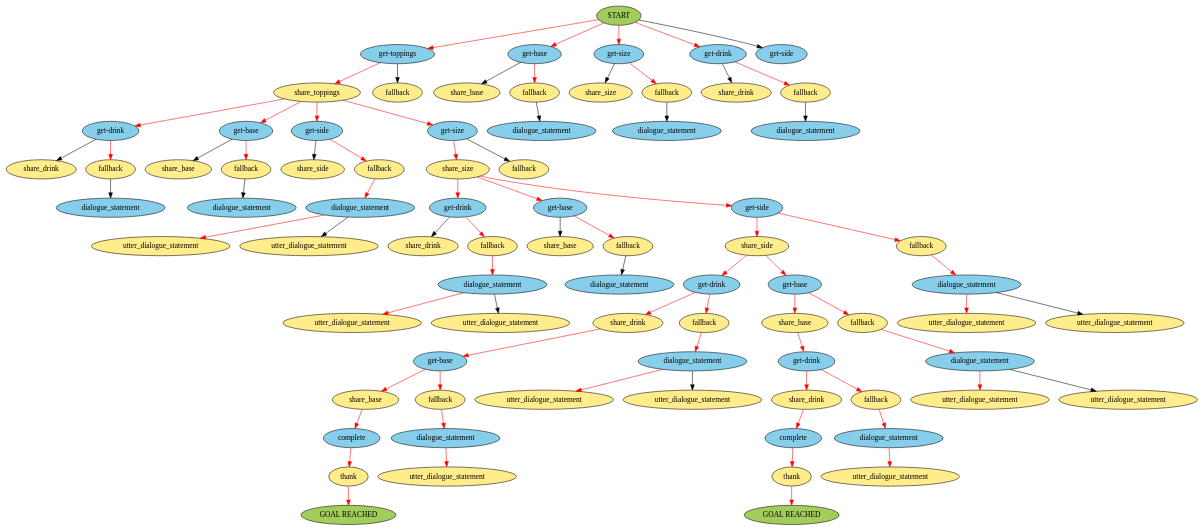
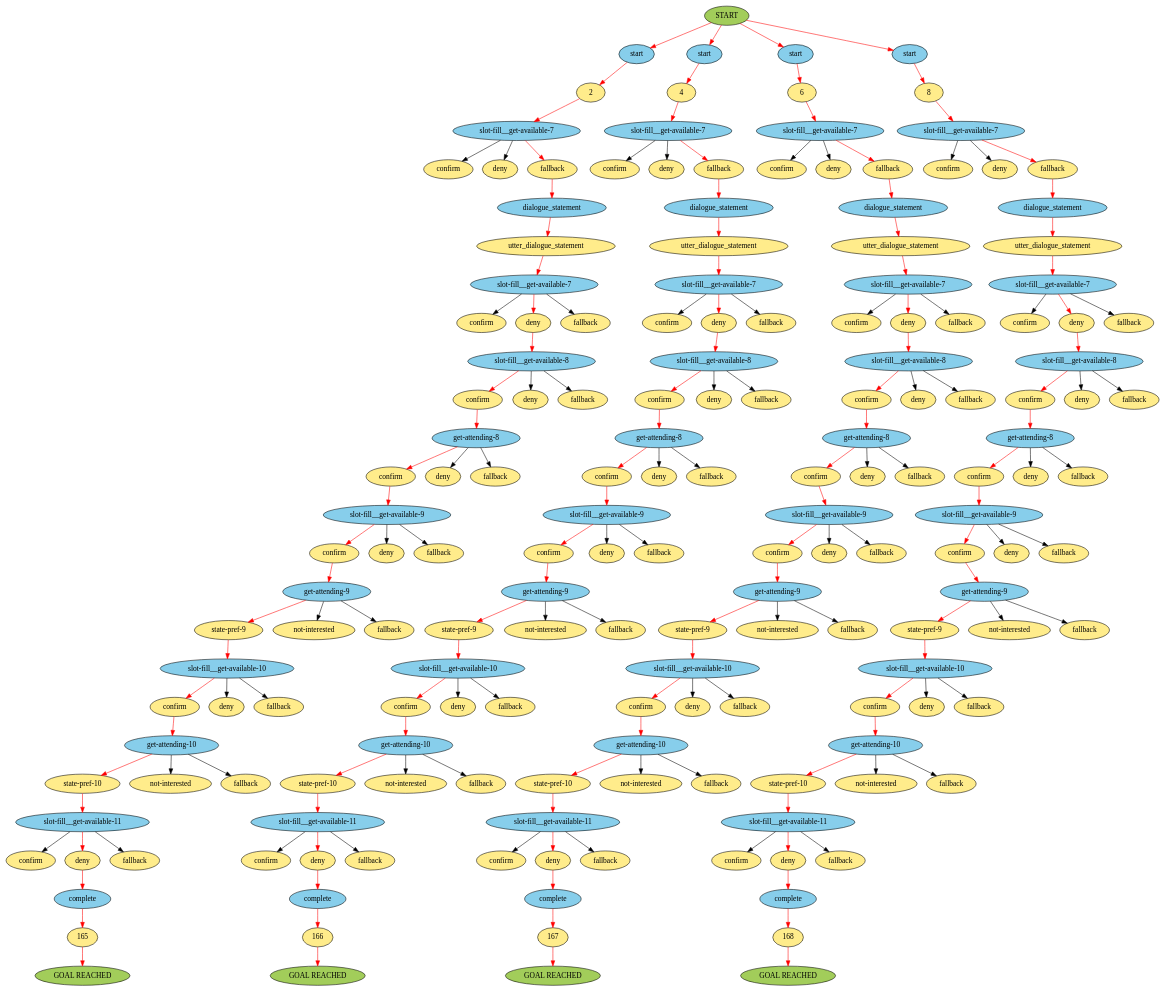
Before and after one commit to IBM/contingent-plan-executor: the diagram in beam_search.gv, drawn with Graphviz. The commit also changed 6 other files, not shown here.

```diff
--- a/beam_search.gv
+++ b/beam_search.gv
@@ -1,157 +1,347 @@
 digraph {
 	0 [label=START fillcolor=darkolivegreen3 style=filled]
-	1 [label="get-toppings" fillcolor=skyblue style=filled]
+	1 [label=start fillcolor=skyblue style=filled]
 	0 -> 1 [color=red]
-	2 [label="get-base" fillcolor=skyblue style=filled]
-	0 -> 2 [color=red]
-	3 [label="get-size" fillcolor=skyblue style=filled]
+	2 [fillcolor=lightgoldenrod1 style=filled]
+	1 -> 2 [color=red]
+	3 [label=start fillcolor=skyblue style=filled]
 	0 -> 3 [color=red]
-	4 [label="get-drink" fillcolor=skyblue style=filled]
-	0 -> 4 [color=red]
-	5 [label="get-side" fillcolor=skyblue style=filled]
-	0 -> 5 [color=black]
-	6 [label=share_toppings fillcolor=lightgoldenrod1 style=filled]
-	1 -> 6 [color=red]
-	7 [label=fallback fillcolor=lightgoldenrod1 style=filled]
-	1 -> 7 [color=black]
-	8 [label=share_base fillcolor=lightgoldenrod1 style=filled]
-	2 -> 8 [color=black]
-	9 [label=fallback fillcolor=lightgoldenrod1 style=filled]
+	4 [fillcolor=lightgoldenrod1 style=filled]
+	3 -> 4 [color=red]
+	5 [label=start fillcolor=skyblue style=filled]
+	0 -> 5 [color=red]
+	6 [fillcolor=lightgoldenrod1 style=filled]
+	5 -> 6 [color=red]
+	7 [label=start fillcolor=skyblue style=filled]
+	0 -> 7 [color=red]
+	8 [fillcolor=lightgoldenrod1 style=filled]
+	7 -> 8 [color=red]
+	9 [label="slot-fill__get-available-7" fillcolor=skyblue style=filled]
 	2 -> 9 [color=red]
-	10 [label=share_size fillcolor=lightgoldenrod1 style=filled]
-	3 -> 10 [color=black]
-	11 [label=fallback fillcolor=lightgoldenrod1 style=filled]
-	3 -> 11 [color=red]
-	12 [label=share_drink fillcolor=lightgoldenrod1 style=filled]
-	4 -> 12 [color=black]
-	13 [label=fallback fillcolor=lightgoldenrod1 style=filled]
-	4 -> 13 [color=red]
-	14 [label="get-drink" fillcolor=skyblue style=filled]
-	6 -> 14 [color=red]
-	15 [label="get-base" fillcolor=skyblue style=filled]
-	6 -> 15 [color=red]
-	16 [label="get-side" fillcolor=skyblue style=filled]
-	6 -> 16 [color=red]
-	17 [label="get-size" fillcolor=skyblue style=filled]
-	6 -> 17 [color=red]
-	18 [label=dialogue_statement fillcolor=skyblue style=filled]
-	9 -> 18 [color=black]
-	19 [label=dialogue_statement fillcolor=skyblue style=filled]
+	10 [label="slot-fill__get-available-7" fillcolor=skyblue style=filled]
+	4 -> 10 [color=red]
+	11 [label="slot-fill__get-available-7" fillcolor=skyblue style=filled]
+	6 -> 11 [color=red]
+	12 [label="slot-fill__get-available-7" fillcolor=skyblue style=filled]
+	8 -> 12 [color=red]
+	13 [label=confirm fillcolor=lightgoldenrod1 style=filled]
+	9 -> 13 [color=black]
+	14 [label=deny fillcolor=lightgoldenrod1 style=filled]
+	9 -> 14 [color=black]
+	15 [label=fallback fillcolor=lightgoldenrod1 style=filled]
+	9 -> 15 [color=red]
+	16 [label=confirm fillcolor=lightgoldenrod1 style=filled]
+	10 -> 16 [color=black]
+	17 [label=deny fillcolor=lightgoldenrod1 style=filled]
+	10 -> 17 [color=black]
+	18 [label=fallback fillcolor=lightgoldenrod1 style=filled]
+	10 -> 18 [color=red]
+	19 [label=confirm fillcolor=lightgoldenrod1 style=filled]
 	11 -> 19 [color=black]
-	20 [label=dialogue_statement fillcolor=skyblue style=filled]
-	13 -> 20 [color=black]
-	21 [label=share_size fillcolor=lightgoldenrod1 style=filled]
-	17 -> 21 [color=red]
-	22 [label=fallback fillcolor=lightgoldenrod1 style=filled]
-	17 -> 22 [color=black]
-	23 [label=share_side fillcolor=lightgoldenrod1 style=filled]
-	16 -> 23 [color=black]
+	20 [label=deny fillcolor=lightgoldenrod1 style=filled]
+	11 -> 20 [color=black]
+	21 [label=fallback fillcolor=lightgoldenrod1 style=filled]
+	11 -> 21 [color=red]
+	22 [label=confirm fillcolor=lightgoldenrod1 style=filled]
+	12 -> 22 [color=black]
+	23 [label=deny fillcolor=lightgoldenrod1 style=filled]
+	12 -> 23 [color=black]
 	24 [label=fallback fillcolor=lightgoldenrod1 style=filled]
-	16 -> 24 [color=red]
-	25 [label=share_drink fillcolor=lightgoldenrod1 style=filled]
-	14 -> 25 [color=black]
-	26 [label=fallback fillcolor=lightgoldenrod1 style=filled]
-	14 -> 26 [color=red]
-	27 [label=share_base fillcolor=lightgoldenrod1 style=filled]
-	15 -> 27 [color=black]
-	28 [label=fallback fillcolor=lightgoldenrod1 style=filled]
-	15 -> 28 [color=red]
-	29 [label="get-drink" fillcolor=skyblue style=filled]
-	21 -> 29 [color=red]
-	30 [label="get-base" fillcolor=skyblue style=filled]
-	21 -> 30 [color=red]
-	31 [label="get-side" fillcolor=skyblue style=filled]
-	21 -> 31 [color=red]
-	32 [label=dialogue_statement fillcolor=skyblue style=filled]
-	24 -> 32 [color=red]
-	33 [label=dialogue_statement fillcolor=skyblue style=filled]
-	26 -> 33 [color=black]
-	34 [label=dialogue_statement fillcolor=skyblue style=filled]
-	28 -> 34 [color=black]
-	35 [label=utter_dialogue_statement fillcolor=lightgoldenrod1 style=filled]
-	32 -> 35 [color=red]
-	36 [label=share_side fillcolor=lightgoldenrod1 style=filled]
-	31 -> 36 [color=red]
-	37 [label=fallback fillcolor=lightgoldenrod1 style=filled]
-	31 -> 37 [color=red]
-	38 [label=share_drink fillcolor=lightgoldenrod1 style=filled]
-	29 -> 38 [color=black]
+	12 -> 24 [color=red]
+	25 [label=dialogue_statement fillcolor=skyblue style=filled]
+	15 -> 25 [color=red]
+	26 [label=dialogue_statement fillcolor=skyblue style=filled]
+	18 -> 26 [color=red]
+	27 [label=dialogue_statement fillcolor=skyblue style=filled]
+	21 -> 27 [color=red]
+	28 [label=dialogue_statement fillcolor=skyblue style=filled]
+	24 -> 28 [color=red]
+	29 [label=utter_dialogue_statement fillcolor=lightgoldenrod1 style=filled]
+	25 -> 29 [color=red]
+	30 [label=utter_dialogue_statement fillcolor=lightgoldenrod1 style=filled]
+	26 -> 30 [color=red]
+	31 [label=utter_dialogue_statement fillcolor=lightgoldenrod1 style=filled]
+	27 -> 31 [color=red]
+	32 [label=utter_dialogue_statement fillcolor=lightgoldenrod1 style=filled]
+	28 -> 32 [color=red]
+	33 [label="slot-fill__get-available-7" fillcolor=skyblue style=filled]
+	29 -> 33 [color=red]
+	34 [label="slot-fill__get-available-7" fillcolor=skyblue style=filled]
+	30 -> 34 [color=red]
+	35 [label="slot-fill__get-available-7" fillcolor=skyblue style=filled]
+	31 -> 35 [color=red]
+	36 [label="slot-fill__get-available-7" fillcolor=skyblue style=filled]
+	32 -> 36 [color=red]
+	37 [label=confirm fillcolor=lightgoldenrod1 style=filled]
+	33 -> 37 [color=black]
+	38 [label=deny fillcolor=lightgoldenrod1 style=filled]
+	33 -> 38 [color=red]
 	39 [label=fallback fillcolor=lightgoldenrod1 style=filled]
-	29 -> 39 [color=red]
-	40 [label=share_base fillcolor=lightgoldenrod1 style=filled]
-	30 -> 40 [color=black]
-	41 [label=fallback fillcolor=lightgoldenrod1 style=filled]
-	30 -> 41 [color=red]
-	42 [label=utter_dialogue_statement fillcolor=lightgoldenrod1 style=filled]
-	32 -> 42 [color=black]
-	43 [label="get-drink" fillcolor=skyblue style=filled]
-	36 -> 43 [color=red]
-	44 [label="get-base" fillcolor=skyblue style=filled]
-	36 -> 44 [color=red]
-	45 [label=dialogue_statement fillcolor=skyblue style=filled]
-	39 -> 45 [color=red]
-	46 [label=dialogue_statement fillcolor=skyblue style=filled]
-	37 -> 46 [color=red]
-	47 [label=dialogue_statement fillcolor=skyblue style=filled]
-	41 -> 47 [color=black]
-	48 [label=utter_dialogue_statement fillcolor=lightgoldenrod1 style=filled]
-	45 -> 48 [color=red]
-	49 [label=utter_dialogue_statement fillcolor=lightgoldenrod1 style=filled]
-	46 -> 49 [color=red]
-	50 [label=share_drink fillcolor=lightgoldenrod1 style=filled]
-	43 -> 50 [color=red]
-	51 [label=fallback fillcolor=lightgoldenrod1 style=filled]
-	43 -> 51 [color=red]
-	52 [label=share_base fillcolor=lightgoldenrod1 style=filled]
-	44 -> 52 [color=red]
-	53 [label=fallback fillcolor=lightgoldenrod1 style=filled]
-	44 -> 53 [color=red]
-	54 [label=utter_dialogue_statement fillcolor=lightgoldenrod1 style=filled]
-	45 -> 54 [color=black]
-	55 [label=utter_dialogue_statement fillcolor=lightgoldenrod1 style=filled]
-	46 -> 55 [color=black]
-	56 [label="get-base" fillcolor=skyblue style=filled]
+	33 -> 39 [color=black]
+	40 [label=confirm fillcolor=lightgoldenrod1 style=filled]
+	34 -> 40 [color=black]
+	41 [label=deny fillcolor=lightgoldenrod1 style=filled]
+	34 -> 41 [color=red]
+	42 [label=fallback fillcolor=lightgoldenrod1 style=filled]
+	34 -> 42 [color=black]
+	43 [label=confirm fillcolor=lightgoldenrod1 style=filled]
+	35 -> 43 [color=black]
+	44 [label=deny fillcolor=lightgoldenrod1 style=filled]
+	35 -> 44 [color=red]
+	45 [label=fallback fillcolor=lightgoldenrod1 style=filled]
+	35 -> 45 [color=black]
+	46 [label=confirm fillcolor=lightgoldenrod1 style=filled]
+	36 -> 46 [color=black]
+	47 [label=deny fillcolor=lightgoldenrod1 style=filled]
+	36 -> 47 [color=red]
+	48 [label=fallback fillcolor=lightgoldenrod1 style=filled]
+	36 -> 48 [color=black]
+	49 [label="slot-fill__get-available-8" fillcolor=skyblue style=filled]
+	38 -> 49 [color=red]
+	50 [label="slot-fill__get-available-8" fillcolor=skyblue style=filled]
+	41 -> 50 [color=red]
+	51 [label="slot-fill__get-available-8" fillcolor=skyblue style=filled]
+	44 -> 51 [color=red]
+	52 [label="slot-fill__get-available-8" fillcolor=skyblue style=filled]
+	47 -> 52 [color=red]
+	53 [label=confirm fillcolor=lightgoldenrod1 style=filled]
+	49 -> 53 [color=red]
+	54 [label=deny fillcolor=lightgoldenrod1 style=filled]
+	49 -> 54 [color=black]
+	55 [label=fallback fillcolor=lightgoldenrod1 style=filled]
+	49 -> 55 [color=black]
+	56 [label=confirm fillcolor=lightgoldenrod1 style=filled]
 	50 -> 56 [color=red]
-	57 [label=dialogue_statement fillcolor=skyblue style=filled]
-	53 -> 57 [color=red]
-	58 [label=dialogue_statement fillcolor=skyblue style=filled]
-	51 -> 58 [color=red]
-	59 [label="get-drink" fillcolor=skyblue style=filled]
-	52 -> 59 [color=red]
-	60 [label=utter_dialogue_statement fillcolor=lightgoldenrod1 style=filled]
-	57 -> 60 [color=red]
-	61 [label=utter_dialogue_statement fillcolor=lightgoldenrod1 style=filled]
-	58 -> 61 [color=red]
-	62 [label=share_base fillcolor=lightgoldenrod1 style=filled]
-	56 -> 62 [color=red]
-	63 [label=fallback fillcolor=lightgoldenrod1 style=filled]
-	56 -> 63 [color=red]
-	64 [label=share_drink fillcolor=lightgoldenrod1 style=filled]
-	59 -> 64 [color=red]
-	65 [label=fallback fillcolor=lightgoldenrod1 style=filled]
-	59 -> 65 [color=red]
-	66 [label=utter_dialogue_statement fillcolor=lightgoldenrod1 style=filled]
-	57 -> 66 [color=black]
-	67 [label=utter_dialogue_statement fillcolor=lightgoldenrod1 style=filled]
-	58 -> 67 [color=black]
-	68 [label=complete fillcolor=skyblue style=filled]
+	57 [label=deny fillcolor=lightgoldenrod1 style=filled]
+	50 -> 57 [color=black]
+	58 [label=fallback fillcolor=lightgoldenrod1 style=filled]
+	50 -> 58 [color=black]
+	59 [label=confirm fillcolor=lightgoldenrod1 style=filled]
+	51 -> 59 [color=red]
+	60 [label=deny fillcolor=lightgoldenrod1 style=filled]
+	51 -> 60 [color=black]
+	61 [label=fallback fillcolor=lightgoldenrod1 style=filled]
+	51 -> 61 [color=black]
+	62 [label=confirm fillcolor=lightgoldenrod1 style=filled]
+	52 -> 62 [color=red]
+	63 [label=deny fillcolor=lightgoldenrod1 style=filled]
+	52 -> 63 [color=black]
+	64 [label=fallback fillcolor=lightgoldenrod1 style=filled]
+	52 -> 64 [color=black]
+	65 [label="get-attending-8" fillcolor=skyblue style=filled]
+	53 -> 65 [color=red]
+	66 [label="get-attending-8" fillcolor=skyblue style=filled]
+	56 -> 66 [color=red]
+	67 [label="get-attending-8" fillcolor=skyblue style=filled]
+	59 -> 67 [color=red]
+	68 [label="get-attending-8" fillcolor=skyblue style=filled]
 	62 -> 68 [color=red]
-	69 [label=dialogue_statement fillcolor=skyblue style=filled]
-	63 -> 69 [color=red]
-	70 [label=dialogue_statement fillcolor=skyblue style=filled]
-	65 -> 70 [color=red]
-	71 [label=complete fillcolor=skyblue style=filled]
-	64 -> 71 [color=red]
-	72 [label=thank fillcolor=lightgoldenrod1 style=filled]
-	68 -> 72 [color=red]
-	73 [label=thank fillcolor=lightgoldenrod1 style=filled]
-	71 -> 73 [color=red]
-	74 [label=utter_dialogue_statement fillcolor=lightgoldenrod1 style=filled]
-	69 -> 74 [color=red]
-	75 [label=utter_dialogue_statement fillcolor=lightgoldenrod1 style=filled]
-	70 -> 75 [color=red]
-	76 [label="GOAL REACHED" fillcolor=darkolivegreen3 style=filled]
-	72 -> 76 [color=red]
-	77 [label="GOAL REACHED" fillcolor=darkolivegreen3 style=filled]
-	73 -> 77 [color=red]
+	69 [label=confirm fillcolor=lightgoldenrod1 style=filled]
+	65 -> 69 [color=red]
+	70 [label=deny fillcolor=lightgoldenrod1 style=filled]
+	65 -> 70 [color=black]
+	71 [label=fallback fillcolor=lightgoldenrod1 style=filled]
+	65 -> 71 [color=black]
+	72 [label=confirm fillcolor=lightgoldenrod1 style=filled]
+	66 -> 72 [color=red]
+	73 [label=deny fillcolor=lightgoldenrod1 style=filled]
+	66 -> 73 [color=black]
+	74 [label=fallback fillcolor=lightgoldenrod1 style=filled]
+	66 -> 74 [color=black]
+	75 [label=confirm fillcolor=lightgoldenrod1 style=filled]
+	67 -> 75 [color=red]
+	76 [label=deny fillcolor=lightgoldenrod1 style=filled]
+	67 -> 76 [color=black]
+	77 [label=fallback fillcolor=lightgoldenrod1 style=filled]
+	67 -> 77 [color=black]
+	78 [label=confirm fillcolor=lightgoldenrod1 style=filled]
+	68 -> 78 [color=red]
+	79 [label=deny fillcolor=lightgoldenrod1 style=filled]
+	68 -> 79 [color=black]
+	80 [label=fallback fillcolor=lightgoldenrod1 style=filled]
+	68 -> 80 [color=black]
+	81 [label="slot-fill__get-available-9" fillcolor=skyblue style=filled]
+	69 -> 81 [color=red]
+	82 [label="slot-fill__get-available-9" fillcolor=skyblue style=filled]
+	72 -> 82 [color=red]
+	83 [label="slot-fill__get-available-9" fillcolor=skyblue style=filled]
+	75 -> 83 [color=red]
+	84 [label="slot-fill__get-available-9" fillcolor=skyblue style=filled]
+	78 -> 84 [color=red]
+	85 [label=confirm fillcolor=lightgoldenrod1 style=filled]
+	81 -> 85 [color=red]
+	86 [label=deny fillcolor=lightgoldenrod1 style=filled]
+	81 -> 86 [color=black]
+	87 [label=fallback fillcolor=lightgoldenrod1 style=filled]
+	81 -> 87 [color=black]
+	88 [label=confirm fillcolor=lightgoldenrod1 style=filled]
+	82 -> 88 [color=red]
+	89 [label=deny fillcolor=lightgoldenrod1 style=filled]
+	82 -> 89 [color=black]
+	90 [label=fallback fillcolor=lightgoldenrod1 style=filled]
+	82 -> 90 [color=black]
+	91 [label=confirm fillcolor=lightgoldenrod1 style=filled]
+	83 -> 91 [color=red]
+	92 [label=deny fillcolor=lightgoldenrod1 style=filled]
+	83 -> 92 [color=black]
+	93 [label=fallback fillcolor=lightgoldenrod1 style=filled]
+	83 -> 93 [color=black]
+	94 [label=confirm fillcolor=lightgoldenrod1 style=filled]
+	84 -> 94 [color=red]
+	95 [label=deny fillcolor=lightgoldenrod1 style=filled]
+	84 -> 95 [color=black]
+	96 [label=fallback fillcolor=lightgoldenrod1 style=filled]
+	84 -> 96 [color=black]
+	97 [label="get-attending-9" fillcolor=skyblue style=filled]
+	85 -> 97 [color=red]
+	98 [label="get-attending-9" fillcolor=skyblue style=filled]
+	88 -> 98 [color=red]
+	99 [label="get-attending-9" fillcolor=skyblue style=filled]
+	91 -> 99 [color=red]
+	100 [label="get-attending-9" fillcolor=skyblue style=filled]
+	94 -> 100 [color=red]
+	101 [label="state-pref-9" fillcolor=lightgoldenrod1 style=filled]
+	97 -> 101 [color=red]
+	102 [label="not-interested" fillcolor=lightgoldenrod1 style=filled]
+	97 -> 102 [color=black]
+	103 [label=fallback fillcolor=lightgoldenrod1 style=filled]
+	97 -> 103 [color=black]
+	104 [label="state-pref-9" fillcolor=lightgoldenrod1 style=filled]
+	98 -> 104 [color=red]
+	105 [label="not-interested" fillcolor=lightgoldenrod1 style=filled]
+	98 -> 105 [color=black]
+	106 [label=fallback fillcolor=lightgoldenrod1 style=filled]
+	98 -> 106 [color=black]
+	107 [label="state-pref-9" fillcolor=lightgoldenrod1 style=filled]
+	99 -> 107 [color=red]
+	108 [label="not-interested" fillcolor=lightgoldenrod1 style=filled]
+	99 -> 108 [color=black]
+	109 [label=fallback fillcolor=lightgoldenrod1 style=filled]
+	99 -> 109 [color=black]
+	110 [label="state-pref-9" fillcolor=lightgoldenrod1 style=filled]
+	100 -> 110 [color=red]
+	111 [label="not-interested" fillcolor=lightgoldenrod1 style=filled]
+	100 -> 111 [color=black]
+	112 [label=fallback fillcolor=lightgoldenrod1 style=filled]
+	100 -> 112 [color=black]
+	113 [label="slot-fill__get-available-10" fillcolor=skyblue style=filled]
+	101 -> 113 [color=red]
+	114 [label="slot-fill__get-available-10" fillcolor=skyblue style=filled]
+	104 -> 114 [color=red]
+	115 [label="slot-fill__get-available-10" fillcolor=skyblue style=filled]
+	107 -> 115 [color=red]
+	116 [label="slot-fill__get-available-10" fillcolor=skyblue style=filled]
+	110 -> 116 [color=red]
+	117 [label=confirm fillcolor=lightgoldenrod1 style=filled]
+	113 -> 117 [color=red]
+	118 [label=deny fillcolor=lightgoldenrod1 style=filled]
+	113 -> 118 [color=black]
+	119 [label=fallback fillcolor=lightgoldenrod1 style=filled]
+	113 -> 119 [color=black]
+	120 [label=confirm fillcolor=lightgoldenrod1 style=filled]
+	114 -> 120 [color=red]
+	121 [label=deny fillcolor=lightgoldenrod1 style=filled]
+	114 -> 121 [color=black]
+	122 [label=fallback fillcolor=lightgoldenrod1 style=filled]
+	114 -> 122 [color=black]
+	123 [label=confirm fillcolor=lightgoldenrod1 style=filled]
+	115 -> 123 [color=red]
+	124 [label=deny fillcolor=lightgoldenrod1 style=filled]
+	115 -> 124 [color=black]
+	125 [label=fallback fillcolor=lightgoldenrod1 style=filled]
+	115 -> 125 [color=black]
+	126 [label=confirm fillcolor=lightgoldenrod1 style=filled]
+	116 -> 126 [color=red]
+	127 [label=deny fillcolor=lightgoldenrod1 style=filled]
+	116 -> 127 [color=black]
+	128 [label=fallback fillcolor=lightgoldenrod1 style=filled]
+	116 -> 128 [color=black]
+	129 [label="get-attending-10" fillcolor=skyblue style=filled]
+	117 -> 129 [color=red]
+	130 [label="get-attending-10" fillcolor=skyblue style=filled]
+	120 -> 130 [color=red]
+	131 [label="get-attending-10" fillcolor=skyblue style=filled]
+	123 -> 131 [color=red]
+	132 [label="get-attending-10" fillcolor=skyblue style=filled]
+	126 -> 132 [color=red]
+	133 [label="state-pref-10" fillcolor=lightgoldenrod1 style=filled]
+	129 -> 133 [color=red]
+	134 [label="not-interested" fillcolor=lightgoldenrod1 style=filled]
+	129 -> 134 [color=black]
+	135 [label=fallback fillcolor=lightgoldenrod1 style=filled]
+	129 -> 135 [color=black]
+	136 [label="state-pref-10" fillcolor=lightgoldenrod1 style=filled]
+	130 -> 136 [color=red]
+	137 [label="not-interested" fillcolor=lightgoldenrod1 style=filled]
+	130 -> 137 [color=black]
+	138 [label=fallback fillcolor=lightgoldenrod1 style=filled]
+	130 -> 138 [color=black]
+	139 [label="state-pref-10" fillcolor=lightgoldenrod1 style=filled]
+	131 -> 139 [color=red]
+	140 [label="not-interested" fillcolor=lightgoldenrod1 style=filled]
+	131 -> 140 [color=black]
+	141 [label=fallback fillcolor=lightgoldenrod1 style=filled]
+	131 -> 141 [color=black]
+	142 [label="state-pref-10" fillcolor=lightgoldenrod1 style=filled]
+	132 -> 142 [color=red]
+	143 [label="not-interested" fillcolor=lightgoldenrod1 style=filled]
+	132 -> 143 [color=black]
+	144 [label=fallback fillcolor=lightgoldenrod1 style=filled]
+	132 -> 144 [color=black]
+	145 [label="slot-fill__get-available-11" fillcolor=skyblue style=filled]
+	133 -> 145 [color=red]
+	146 [label="slot-fill__get-available-11" fillcolor=skyblue style=filled]
+	136 -> 146 [color=red]
+	147 [label="slot-fill__get-available-11" fillcolor=skyblue style=filled]
+	139 -> 147 [color=red]
+	148 [label="slot-fill__get-available-11" fillcolor=skyblue style=filled]
+	142 -> 148 [color=red]
+	149 [label=confirm fillcolor=lightgoldenrod1 style=filled]
+	145 -> 149 [color=black]
+	150 [label=deny fillcolor=lightgoldenrod1 style=filled]
+	145 -> 150 [color=red]
+	151 [label=fallback fillcolor=lightgoldenrod1 style=filled]
+	145 -> 151 [color=black]
+	152 [label=confirm fillcolor=lightgoldenrod1 style=filled]
+	146 -> 152 [color=black]
+	153 [label=deny fillcolor=lightgoldenrod1 style=filled]
+	146 -> 153 [color=red]
+	154 [label=fallback fillcolor=lightgoldenrod1 style=filled]
+	146 -> 154 [color=black]
+	155 [label=confirm fillcolor=lightgoldenrod1 style=filled]
+	147 -> 155 [color=black]
+	156 [label=deny fillcolor=lightgoldenrod1 style=filled]
+	147 -> 156 [color=red]
+	157 [label=fallback fillcolor=lightgoldenrod1 style=filled]
+	147 -> 157 [color=black]
+	158 [label=confirm fillcolor=lightgoldenrod1 style=filled]
+	148 -> 158 [color=black]
+	159 [label=deny fillcolor=lightgoldenrod1 style=filled]
+	148 -> 159 [color=red]
+	160 [label=fallback fillcolor=lightgoldenrod1 style=filled]
+	148 -> 160 [color=black]
+	161 [label=complete fillcolor=skyblue style=filled]
+	150 -> 161 [color=red]
+	162 [label=complete fillcolor=skyblue style=filled]
+	153 -> 162 [color=red]
+	163 [label=complete fillcolor=skyblue style=filled]
+	156 -> 163 [color=red]
+	164 [label=complete fillcolor=skyblue style=filled]
+	159 -> 164 [color=red]
+	165 [fillcolor=lightgoldenrod1 style=filled]
+	161 -> 165 [color=red]
+	166 [fillcolor=lightgoldenrod1 style=filled]
+	162 -> 166 [color=red]
+	167 [fillcolor=lightgoldenrod1 style=filled]
+	163 -> 167 [color=red]
+	168 [fillcolor=lightgoldenrod1 style=filled]
+	164 -> 168 [color=red]
+	169 [label="GOAL REACHED" fillcolor=darkolivegreen3 style=filled]
+	165 -> 169 [color=red]
+	170 [label="GOAL REACHED" fillcolor=darkolivegreen3 style=filled]
+	166 -> 170 [color=red]
+	171 [label="GOAL REACHED" fillcolor=darkolivegreen3 style=filled]
+	167 -> 171 [color=red]
+	172 [label="GOAL REACHED" fillcolor=darkolivegreen3 style=filled]
+	168 -> 172 [color=red]
 }
```
